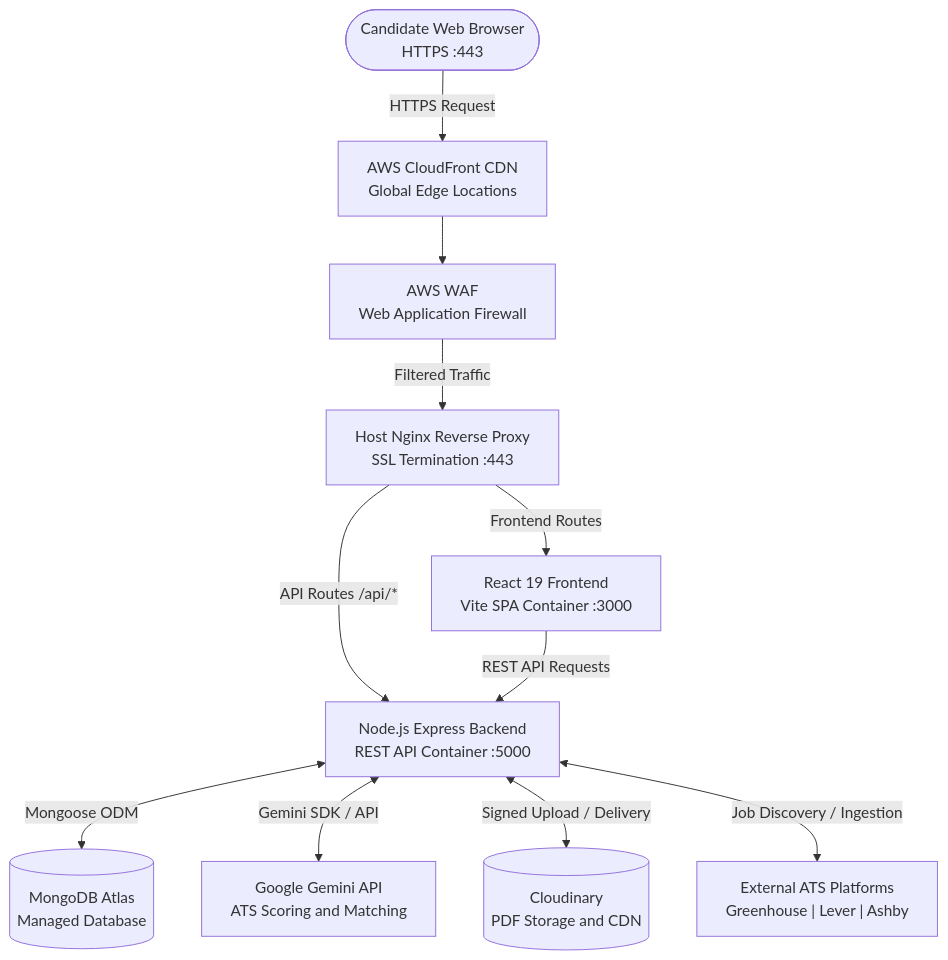
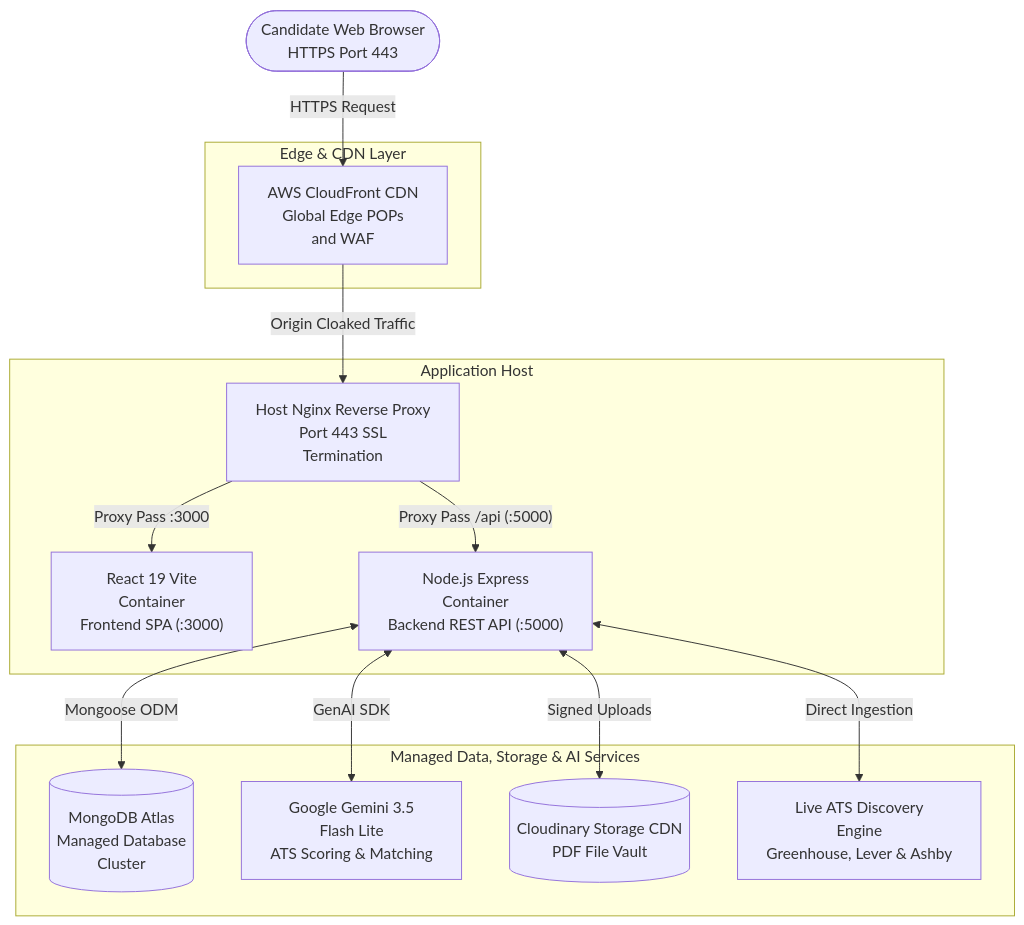
Before and after one commit to TusharSaini999/Resume-Saathi: the first of 2 diagrams in README.md, drawn with Mermaid.

Commit message:
Refactor architecture flow diagram in README

````diff
--- a/README.md
+++ b/README.md
@@ -20,33 +20,30 @@
 ```mermaid
+flowchart TD
+  User(["Candidate Web Browser<br/>HTTPS Port 443"])
 
-flowchart TD
-    User(["Candidate Web Browser<br/>HTTPS :443"])
+  subgraph Edge["Edge & CDN Layer"]
+    CF["AWS CloudFront CDN<br/>Global Edge POPs<br/>and WAF"]
+  end
 
-    CF["AWS CloudFront CDN<br/>Global Edge Locations"]
-    WAF["AWS WAF<br/>Web Application Firewall"]
+  subgraph Host["Application Host"]
+    Nginx["Host Nginx Reverse Proxy<br/>Port 443 SSL<br/>Termination"]
+    FE["React 19 Vite<br/>Container<br/>Frontend SPA (:3000)"]
+    BE["Node.js Express<br/>Container<br/>Backend REST API (:5000)"]
+  end
 
-    Nginx["Host Nginx Reverse Proxy<br/>SSL Termination :443"]
+  subgraph Services["Managed Data, Storage & AI Services"]
+    DB[("MongoDB Atlas<br/>Managed Database<br/>Cluster")]
+    AI["Google Gemini 3.5<br/>Flash Lite<br/>ATS Scoring & Matching"]
+    Cloudinary[("Cloudinary Storage CDN<br/>PDF File Vault")]
+    ATS["Live ATS Discovery<br/>Engine<br/>Greenhouse, Lever & Ashby"]
+  end
 
-    FE["React 19 Frontend<br/>Vite SPA Container :3000"]
-    BE["Node.js Express Backend<br/>REST API Container :5000"]
-
-    DB[("MongoDB Atlas<br/>Managed Database")]
-    AI["Google Gemini API<br/>ATS Scoring and Matching"]
-    Cloudinary[("Cloudinary<br/>PDF Storage and CDN")]
-    ATS["External ATS Platforms<br/>Greenhouse | Lever | Ashby"]
-
-    User -->|HTTPS Request| CF
-    CF --> WAF
-    WAF -->|Filtered Traffic| Nginx
-
-    Nginx -->|Frontend Routes| FE
-    Nginx -->|API Routes /api/*| BE
-
-    FE -->|REST API Requests| BE
-
-    BE <-->|Mongoose ODM| DB
-    BE <-->|Gemini SDK / API| AI
-    BE <-->|Signed Upload / Delivery| Cloudinary
-    BE <-->|Job Discovery / Ingestion| ATS
-
+  User -->|"HTTPS Request"| CF
+  CF -->|"Origin Cloaked Traffic"| Nginx
+  Nginx -->|"Proxy Pass :3000"| FE
+  Nginx -->|"Proxy Pass /api (:5000)"| BE
+  BE <-->|"Mongoose ODM"| DB
+  BE <-->|"GenAI SDK"| AI
+  BE <-->|"Signed Uploads"| Cloudinary
+  BE <-->|"Direct Ingestion"| ATS
 ```
````
